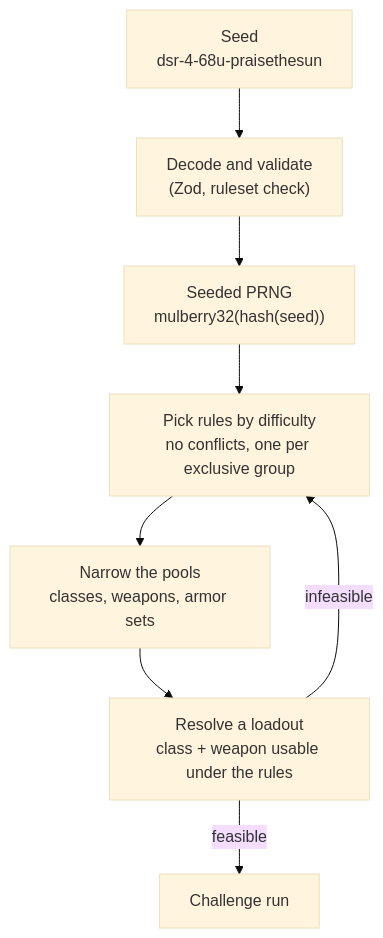
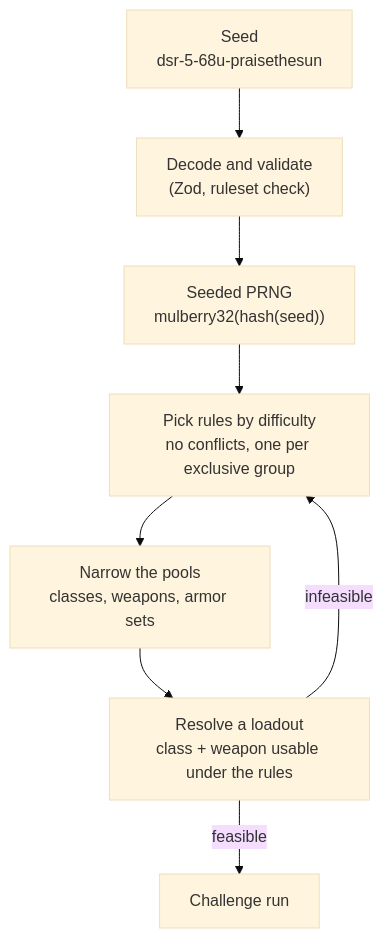
The diagram in README.md (localhost-ayu/souls-challenge-generator), drawn with Mermaid (base theme) before and after one commit. The commit also changed other lines of this file and 18 other files, not shown here.

````diff
--- a/README.md
+++ b/README.md
@@ -40,10 +40,10 @@
 ```mermaid
 flowchart TD
-    seed["Seed<br/>dsr-4-68u-praisethesun"] --> decode["Decode and validate<br/>(Zod, ruleset check)"]
+    seed["Seed<br/>dsr-5-68u-praisethesun"] --> decode["Decode and validate<br/>(Zod, ruleset check)"]
     decode --> rng["Seeded PRNG<br/>mulberry32(hash(seed))"]
     rng --> select["Pick rules by difficulty<br/>no conflicts, one per exclusive group"]
     select --> narrow["Narrow the pools<br/>classes, weapons, armor sets"]
     narrow --> resolve["Resolve a loadout<br/>class + weapon usable under the rules"]
     resolve -->|feasible| run["Challenge run"]
     resolve -->|infeasible| select
 ```
````
